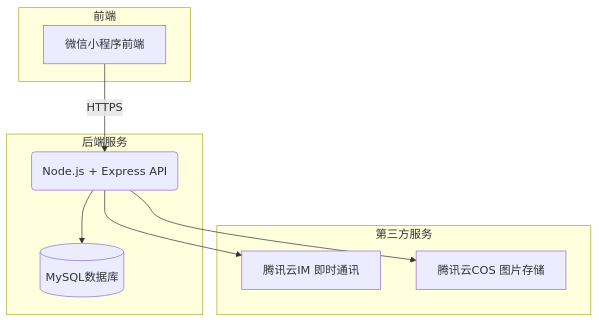
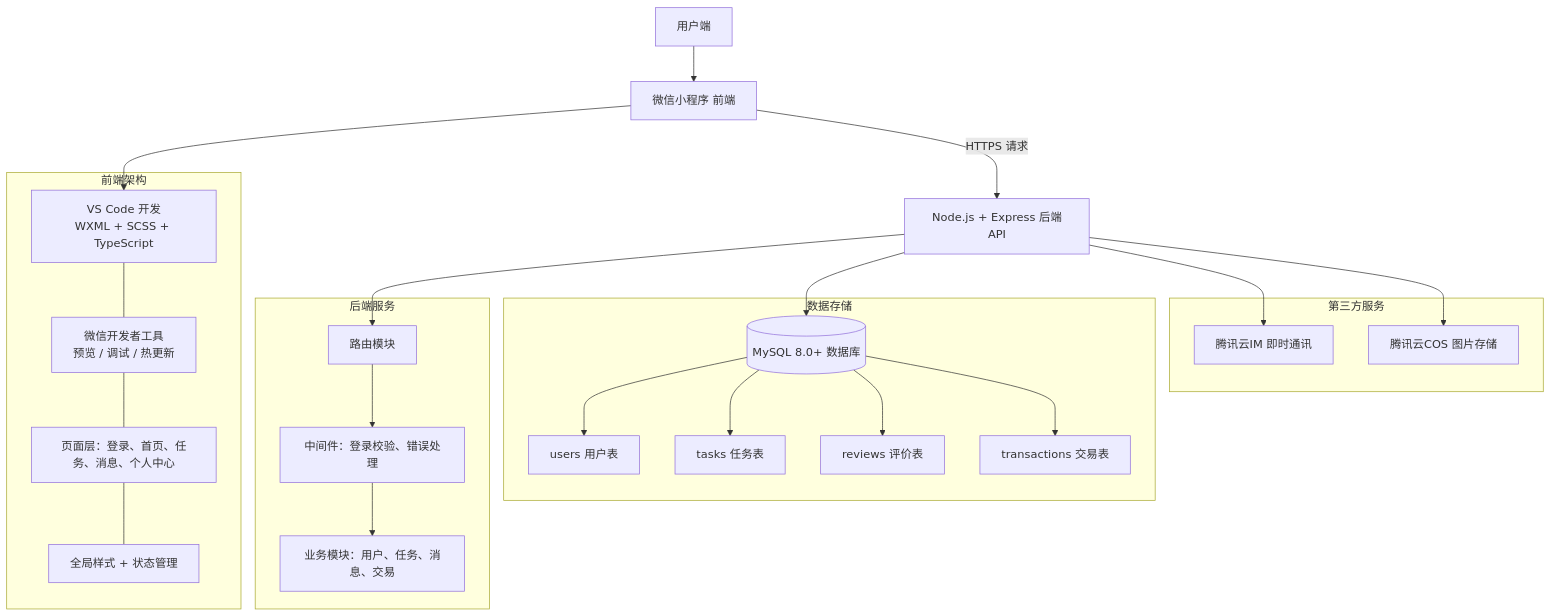
Before and after one commit to nykla23/Campus-Help: the first of 3 diagrams in docs/architecture.md, drawn with Mermaid.

Commit message:
docs：系统架构图完善

````diff
--- a/docs/architecture.md
+++ b/docs/architecture.md
@@ -6,21 +6,42 @@
 ```mermaid
 graph TD
-    A[微信小程序前端] -->|HTTPS| B(Node.js + Express API)
-    B --> C[(MySQL数据库)]
-    B --> D[腾讯云IM 即时通讯]
-    B --> E[腾讯云COS 图片存储]
+    A[用户端] --> B[微信小程序 前端]
     
-    subgraph 前端
-        A
+    subgraph 前端架构
+        B1[VS Code 开发<br/>WXML + SCSS + TypeScript]
+        B2[微信开发者工具<br/>预览 / 调试 / 热更新]
+        B3[页面层：登录、首页、任务、消息、个人中心]
+        B4[全局样式 + 状态管理]
+        B1 --- B2
+        B2 --- B3
+        B3 --- B4
     end
     
+    B --> B1
+    B -->|HTTPS 请求| C[Node.js + Express 后端API]
+    
     subgraph 后端服务
-        B
-        C
+        C1[路由模块]
+        C2[中间件：登录校验、错误处理]
+        C3[业务模块：用户、任务、消息、交易]
+        C1 --> C2 --> C3
+    end
+    C --> C1
+    
+    C --> D[(MySQL 8.0+ 数据库)]
+    C --> E[腾讯云IM 即时通讯]
+    C --> F[腾讯云COS 图片存储]
+    
+    subgraph 数据存储
+        D1[users 用户表]
+        D2[tasks 任务表]
+        D3[reviews 评价表]
+        D4[transactions 交易表]
+        D --> D1 & D2 & D3 & D4
     end
     
     subgraph 第三方服务
-        D
         E
+        F
     end
 ```
````
